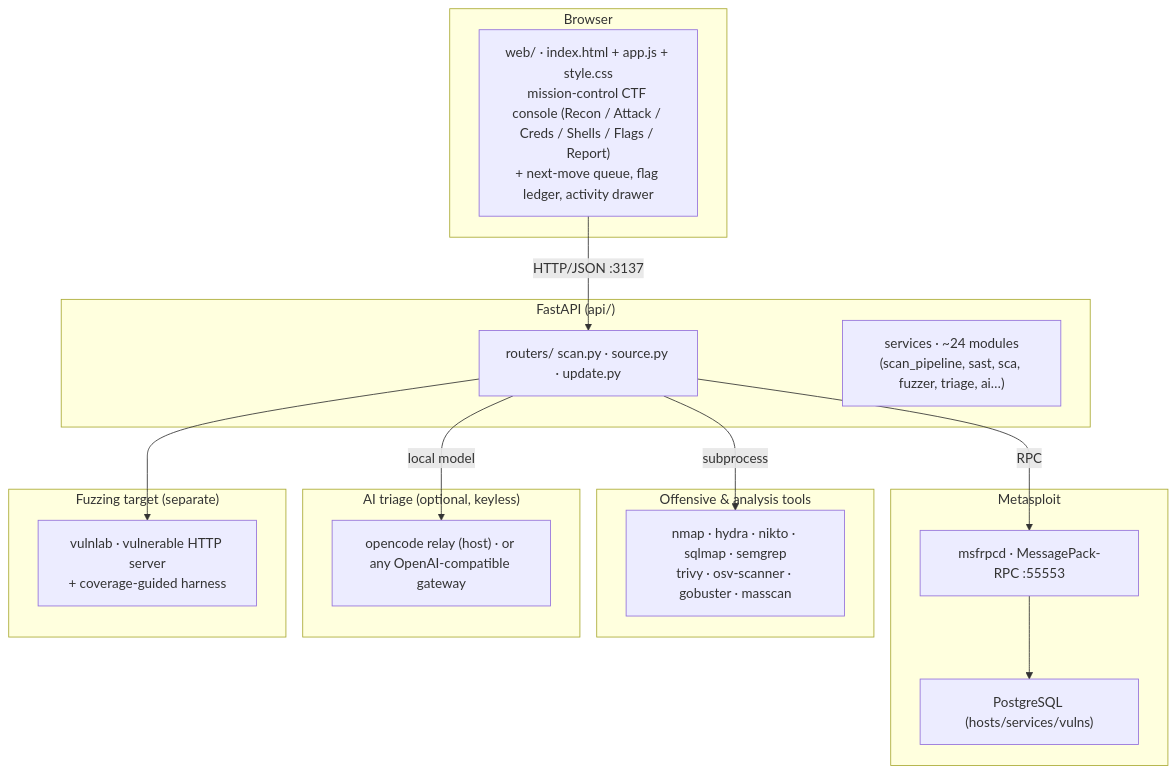
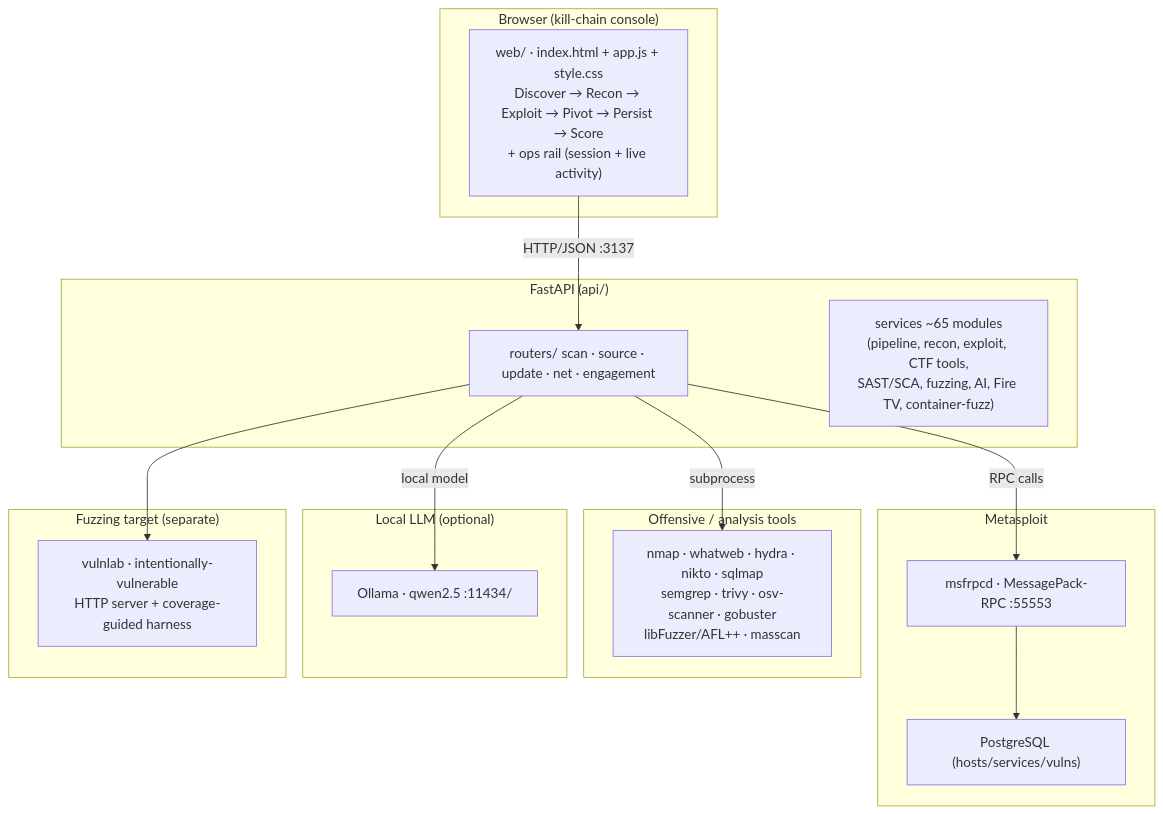
One commit to Greg-2600/h4k changed the diagram in README.md. Above: the diagram before and after it, drawn with Mermaid.

Commit message:
docs: sync README architecture diagram with current console + services

````diff
--- a/README.md
+++ b/README.md
@@ -144,35 +144,35 @@
 ```mermaid
 flowchart TB
-    subgraph browser["Browser"]
-        UI["web/ · index.html + app.js + style.css<br/>mission-control CTF console (Recon / Attack / Creds / Shells / Flags / Report)<br/>+ next-move queue, flag ledger, activity drawer"]
+    subgraph browser["Browser (kill-chain console)"]
+        UI["web/ · index.html + app.js + style.css<br/>Discover → Recon → Exploit → Pivot → Persist → Score<br/>+ ops rail (session + live activity)"]
     end
 
     subgraph api["FastAPI (api/)"]
-        R["routers/ scan.py · source.py · update.py"]
-        S["services · ~24 modules<br/>(scan_pipeline, sast, sca, fuzzer, triage, ai…)"]
+        R["routers/ scan · source · update · net · engagement"]
+        S["services ~65 modules<br/>(pipeline, recon, exploit, CTF tools,<br/>SAST/SCA, fuzzing, AI, Fire TV, container-fuzz)"]
     end
 
     subgraph msf["Metasploit"]
         RPC["msfrpcd · MessagePack-RPC :55553"]
         DB["PostgreSQL (hosts/services/vulns)"]
     end
 
-    subgraph tools["Offensive & analysis tools"]
-        TOOLS["nmap · hydra · nikto · sqlmap · semgrep<br/>trivy · osv-scanner · gobuster · masscan"]
+    subgraph tools["Offensive / analysis tools"]
+        TOOLS["nmap · whatweb · hydra · nikto · sqlmap<br/>semgrep · trivy · osv-scanner · gobuster<br/>libFuzzer/AFL++ · masscan"]
     end
 
-    subgraph llm["AI triage (optional, keyless)"]
-        OLLAMA["opencode relay (host) · or any OpenAI-compatible gateway"]
+    subgraph llm["Local LLM (optional)"]
+        OLLAMA["Ollama · qwen2.5 :11434/<sidecar>"]
     end
 
     subgraph lab["Fuzzing target (separate)"]
-        VULN["vulnlab · vulnerable HTTP server<br/>+ coverage-guided harness"]
+        VULN["vulnlab · intentionally-vulnerable<br/>HTTP server + coverage-guided harness"]
     end
 
     UI -->|HTTP/JSON :3137| R
-    R -->|RPC| RPC
+    R -->|RPC calls| RPC
     RPC --> DB
     R -->|subprocess| TOOLS
     R -->|local model| OLLAMA
     R --> VULN
 ```
````
